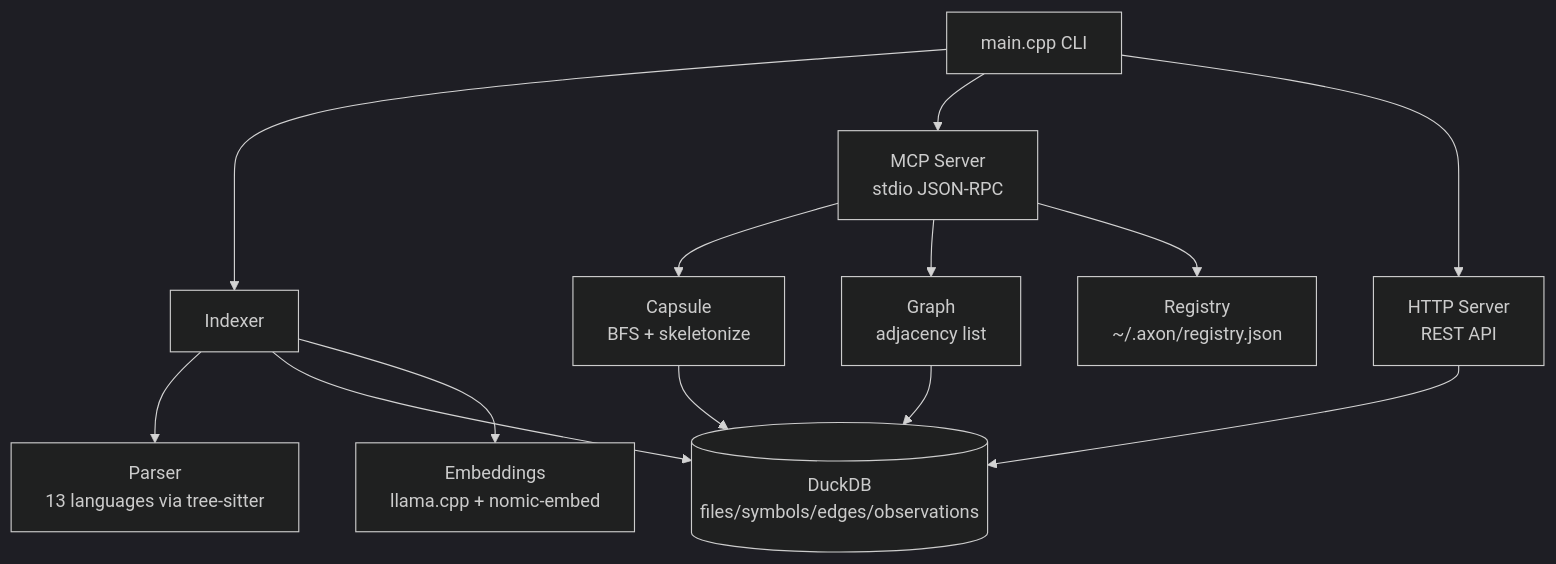
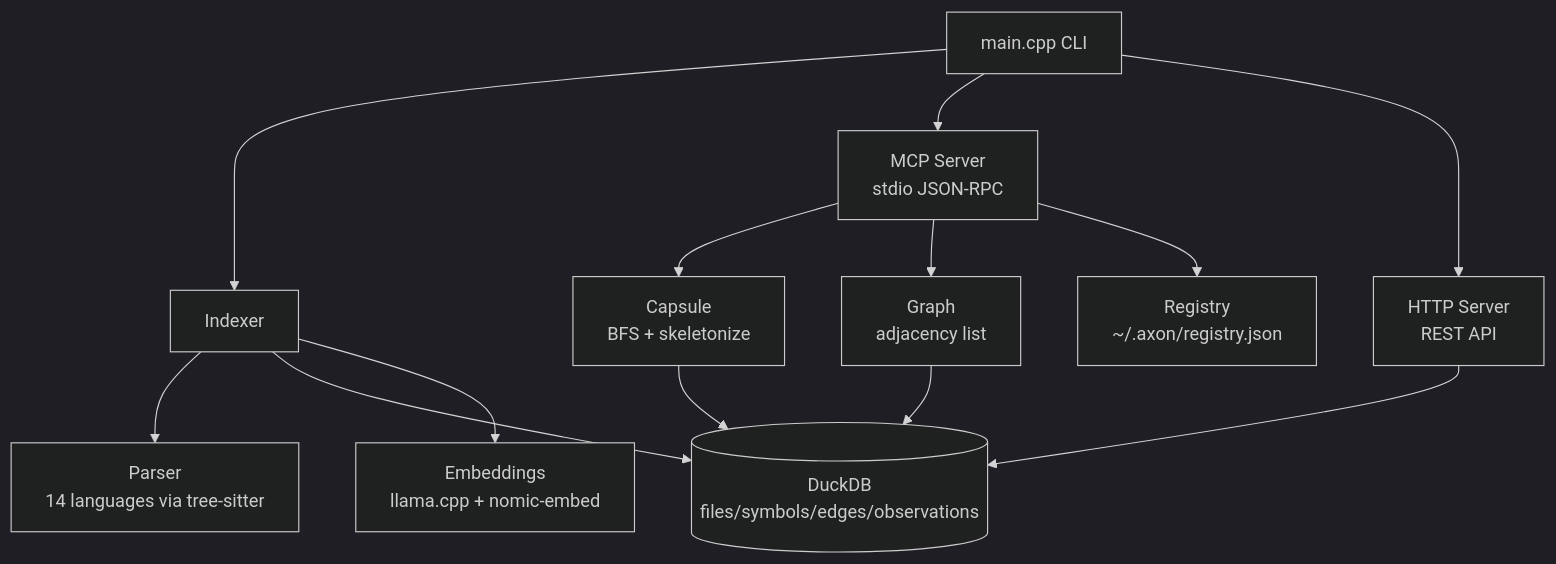
One commit to HideakiSolutions/axon changed the second of 2 diagrams in README.md. Above: the diagram before and after it, drawn with Mermaid (dark theme). The commit also changed other lines of this file and 9 other files, not shown here.

````diff
--- a/README.md
+++ b/README.md
@@ -428,15 +429,15 @@
 ```mermaid
 graph TD
     CLI[main.cpp CLI] --> IDX[Indexer]
     CLI --> MCP[MCP Server\nstdio JSON-RPC]
     CLI --> HTTP[HTTP Server\nREST API]
-    IDX --> PARSER[Parser\n13 languages via tree-sitter]
+    IDX --> PARSER[Parser\n14 languages via tree-sitter]
     IDX --> DB[(DuckDB\nfiles/symbols/edges/observations)]
     IDX --> EMB[Embeddings\nllama.cpp + nomic-embed]
     MCP --> CAPS[Capsule\nBFS + skeletonize]
     MCP --> GRAPH[Graph\nadjacency list]
     MCP --> REG[Registry\n~/.axon/registry.json]
     HTTP --> DB
     CAPS --> DB
     GRAPH --> DB
 ```
````
